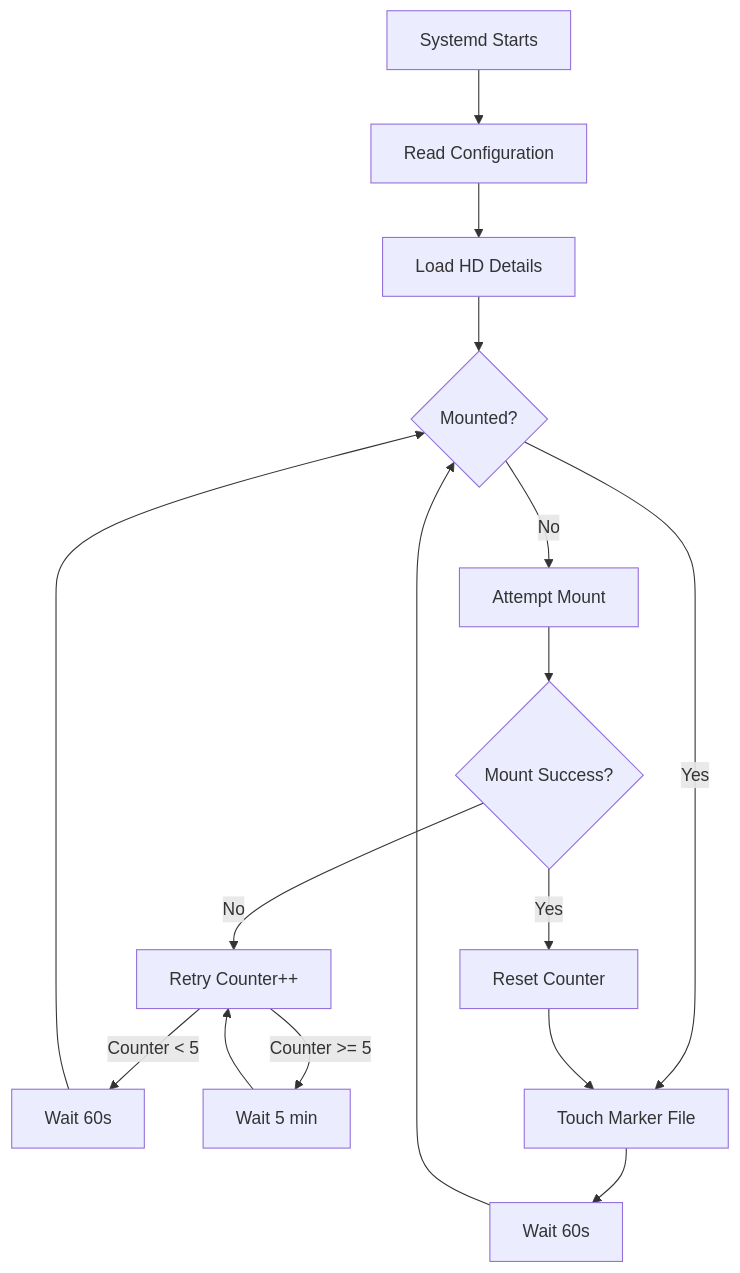
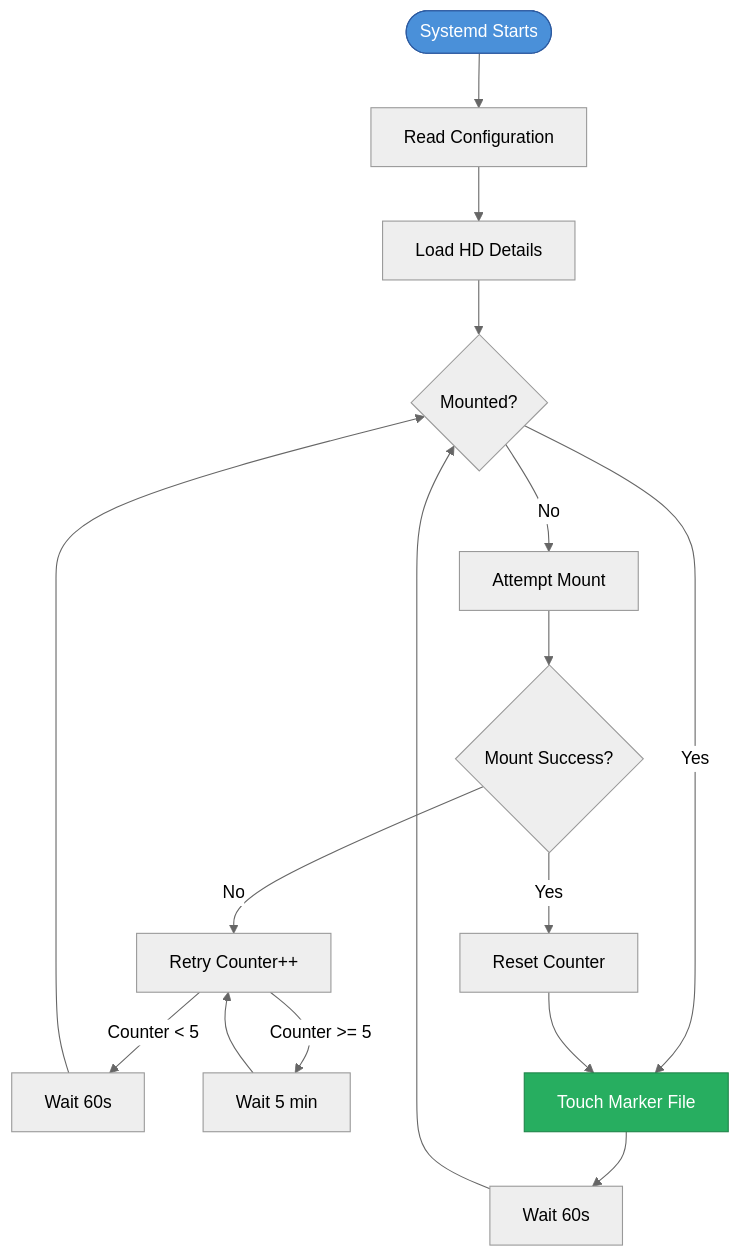
One commit to mateus-mg/control-panel changed the fifth of 5 diagrams in docs/architecture/data-flow.md. Above: the diagram before and after it, drawn with Mermaid. The commit also changed other lines of this file, not shown here.

Commit message:
fix: improve mermaid diagrams for light/dark mode compatibility

````diff
--- a/docs/architecture/data-flow.md
+++ b/docs/architecture/data-flow.md
@@ -102,18 +115,22 @@
 ```mermaid
+%%{init: {'theme':'neutral'}}%%
 flowchart TD
-    A[Systemd Starts] --> B[Read Configuration]
+    A([Systemd Starts]) --> B[Read Configuration]
     B --> C[Load HD Details]
-    C --> D{Mounted?}
-    D -->|No| E[Attempt Mount]
-    E --> F{Mount Success?}
-    F -->|No| G[Retry Counter++]
-    G -->|Counter < 5| H[Wait 60s]
+    C --> D{"Mounted?"}
+    D -->|"No"| E[Attempt Mount]
+    E --> F{"Mount Success?"}
+    F -->|"No"| G[Retry Counter++]
+    G -->|"Counter < 5"| H[Wait 60s]
     H --> D
-    G -->|Counter >= 5| I[Wait 5 min]
+    G -->|"Counter >= 5"| I[Wait 5 min]
     I --> G
-    F -->|Yes| L[Reset Counter]
-    D -->|Yes| J[Touch Marker File]
+    F -->|"Yes"| L[Reset Counter]
+    D -->|"Yes"| J[Touch Marker File]
     J --> K[Wait 60s]
     K --> D
     L --> J
+
+    style A fill:#4a90d9,stroke:#2c5aa0,color:#fff
+    style J fill:#27ae60,stroke:#1e8449,color:#fff
 ```
````
